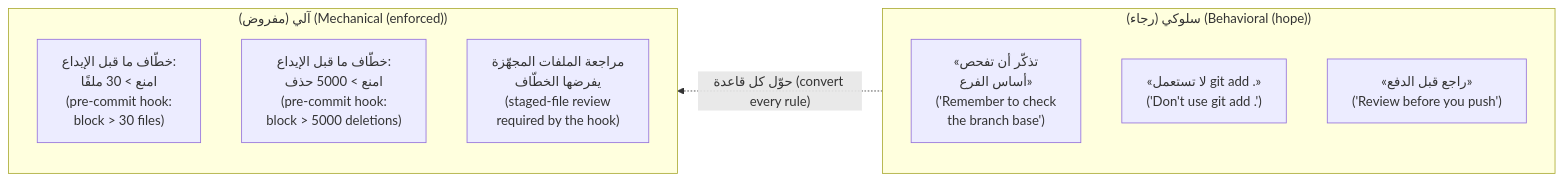
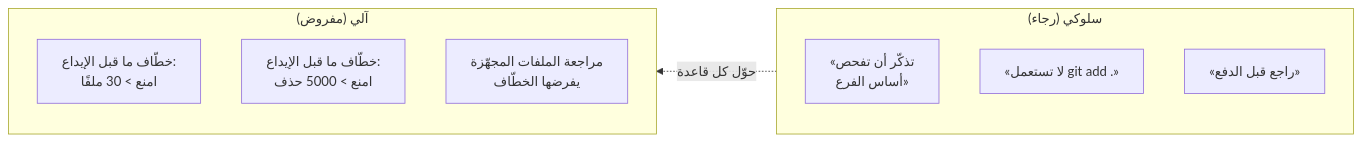
One commit to Tamoura/system-design-for-vibe-coders changed the first of 5 diagrams in modules/08-safety-nets/module.ar.md. Above: the diagram before and after it, drawn with Mermaid. The commit also changed other lines of this file and 551 other files, not shown here.

````diff
--- a/modules/08-safety-nets/module.ar.md
+++ b/modules/08-safety-nets/module.ar.md
@@ -53,14 +53,14 @@
 ```mermaid
 flowchart RL
-    subgraph beh["سلوكي (رجاء) (Behavioral (hope))"]
-        B1["«تذكّر أن تفحص<br/>أساس الفرع»<br/>('Remember to check<br/>the branch base')"]
-        B2["«لا تستعمل git add .»<br/>('Don't use git add .')"]
-        B3["«راجع قبل الدفع»<br/>('Review before you push')"]
+    subgraph beh["سلوكي (رجاء)"]
+        B1["«تذكّر أن تفحص<br/>أساس الفرع»"]
+        B2["«لا تستعمل git add .»"]
+        B3["«راجع قبل الدفع»"]
     end
-    subgraph mech["آلي (مفروض) (Mechanical (enforced))"]
-        M1["خطّاف ما قبل الإيداع:<br/>امنع > 30 ملفًا<br/>(pre-commit hook:<br/>block > 30 files)"]
-        M2["خطّاف ما قبل الإيداع:<br/>امنع > 5000 حذف<br/>(pre-commit hook:<br/>block > 5000 deletions)"]
-        M3["مراجعة الملفات المجهّزة<br/>يفرضها الخطّاف<br/>(staged-file review<br/>required by the hook)"]
+    subgraph mech["آلي (مفروض)"]
+        M1["خطّاف ما قبل الإيداع:<br/>امنع > 30 ملفًا"]
+        M2["خطّاف ما قبل الإيداع:<br/>امنع > 5000 حذف"]
+        M3["مراجعة الملفات المجهّزة<br/>يفرضها الخطّاف"]
     end
-    beh -.->|"حوّل كل قاعدة (convert every rule)"| mech
+    beh -.->|"حوّل كل قاعدة"| mech
 ```
````
